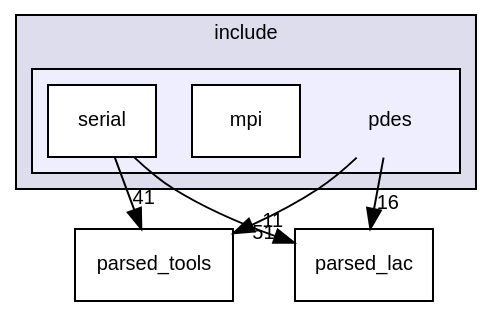
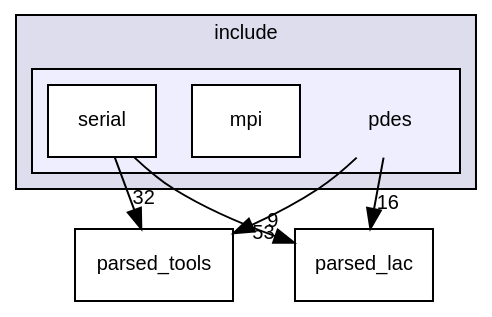
One commit to fdrmrc/fsi-suite changed the diagram in dir_60faf9a10d52b04582224b9116454383_dep.dot. Above: the diagram before and after it, drawn with Graphviz. The commit also changed 1256 other files, not shown here.

```diff
--- a/dir_60faf9a10d52b04582224b9116454383_dep.dot
+++ b/dir_60faf9a10d52b04582224b9116454383_dep.dot
@@ -1,21 +1,21 @@
 digraph "include/pdes" {
   bgcolor=transparent;
   compound=true
   node [ fontsize="10", fontname="Helvetica"];
   edge [ labelfontsize="10", labelfontname="Helvetica"];
   subgraph clusterdir_d44c64559bbebec7f509842c48db8b23 {
     graph [ bgcolor="#ddddee", pencolor="black", label="include" fontname="Helvetica", fontsize="10", URL="dir_d44c64559bbebec7f509842c48db8b23.html"]
   subgraph clusterdir_60faf9a10d52b04582224b9116454383 {
     graph [ bgcolor="#eeeeff", pencolor="black", label="" URL="dir_60faf9a10d52b04582224b9116454383.html"];
     dir_60faf9a10d52b04582224b9116454383 [shape=plaintext label="pdes"];
     dir_7ac85db751091b31b06a51e40fc82221 [shape=box label="mpi" color="black" fillcolor="white" style="filled" URL="dir_7ac85db751091b31b06a51e40fc82221.html"];
     dir_0d1c0d82d2331d1d942d7c7f0084aeb2 [shape=box label="serial" color="black" fillcolor="white" style="filled" URL="dir_0d1c0d82d2331d1d942d7c7f0084aeb2.html"];
   }
   }
   dir_8e8448d9aef603b86753e7cb911804a9 [shape=box label="parsed_tools" URL="dir_8e8448d9aef603b86753e7cb911804a9.html"];
   dir_65593bf93f1e4428cc81baf4bb94349f [shape=box label="parsed_lac" URL="dir_65593bf93f1e4428cc81baf4bb94349f.html"];
-  dir_60faf9a10d52b04582224b9116454383->dir_8e8448d9aef603b86753e7cb911804a9 [headlabel="51", labeldistance=1.5 headhref="dir_000005_000004.html"];
-  dir_60faf9a10d52b04582224b9116454383->dir_65593bf93f1e4428cc81baf4bb94349f [headlabel="16", labeldistance=1.5 headhref="dir_000005_000003.html"];
-  dir_0d1c0d82d2331d1d942d7c7f0084aeb2->dir_8e8448d9aef603b86753e7cb911804a9 [headlabel="41", labeldistance=1.5 headhref="dir_000007_000004.html"];
-  dir_0d1c0d82d2331d1d942d7c7f0084aeb2->dir_65593bf93f1e4428cc81baf4bb94349f [headlabel="11", labeldistance=1.5 headhref="dir_000007_000003.html"];
+  dir_60faf9a10d52b04582224b9116454383->dir_8e8448d9aef603b86753e7cb911804a9 [headlabel="53", labeldistance=1.5 headhref="dir_000006_000005.html"];
+  dir_60faf9a10d52b04582224b9116454383->dir_65593bf93f1e4428cc81baf4bb94349f [headlabel="16", labeldistance=1.5 headhref="dir_000006_000004.html"];
+  dir_0d1c0d82d2331d1d942d7c7f0084aeb2->dir_8e8448d9aef603b86753e7cb911804a9 [headlabel="32", labeldistance=1.5 headhref="dir_000008_000005.html"];
+  dir_0d1c0d82d2331d1d942d7c7f0084aeb2->dir_65593bf93f1e4428cc81baf4bb94349f [headlabel="9", labeldistance=1.5 headhref="dir_000008_000004.html"];
 }
```
